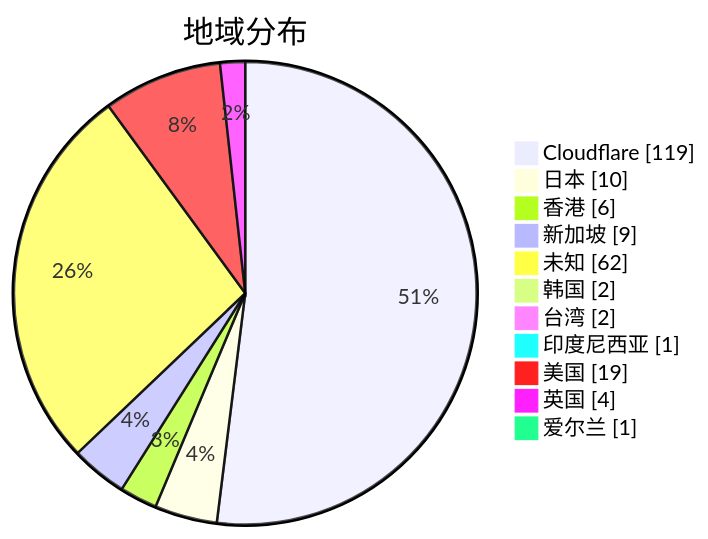
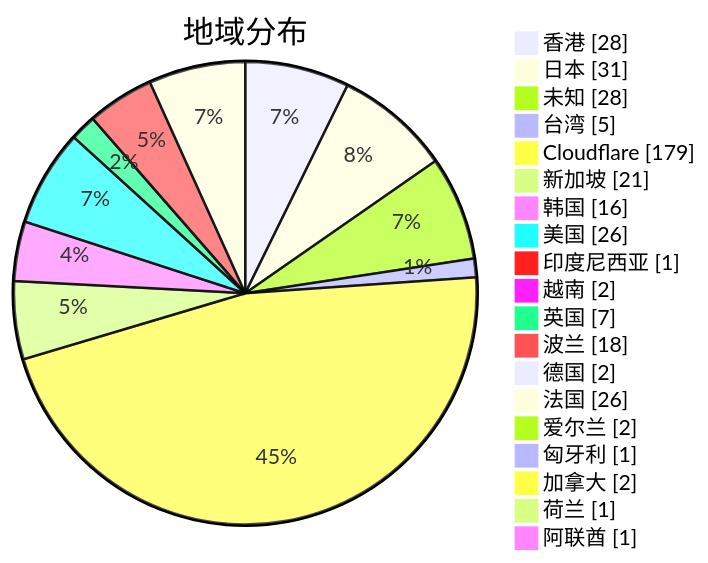
One commit to qjlxg/airport changed the second of 3 diagrams in subs/statistics/tested_within.md. Above: the diagram before and after it, drawn with Mermaid. The commit also changed other lines of this file and 2 other files, not shown here.

Commit message:
Tested by metaST

````diff
--- a/subs/statistics/tested_within.md
+++ b/subs/statistics/tested_within.md
@@ -12,15 +14,23 @@
 ```mermaid
 pie showData
 title 地域分布
-"Cloudflare" : 119
-"日本" : 10
-"香港" : 6
-"新加坡" : 9
-"未知" : 62
-"韩国" : 2
-"台湾" : 2
+"香港" : 28
+"日本" : 31
+"未知" : 28
+"台湾" : 5
+"Cloudflare" : 179
+"新加坡" : 21
+"韩国" : 16
+"美国" : 26
 "印度尼西亚" : 1
-"美国" : 19
-"英国" : 4
-"爱尔兰" : 1
+"越南" : 2
+"英国" : 7
+"波兰" : 18
+"德国" : 2
+"法国" : 26
+"爱尔兰" : 2
+"匈牙利" : 1
+"加拿大" : 2
+"荷兰" : 1
+"阿联酋" : 1
 ```
````
